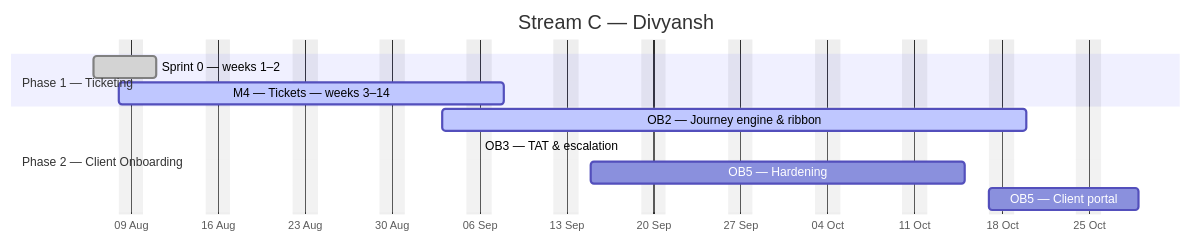
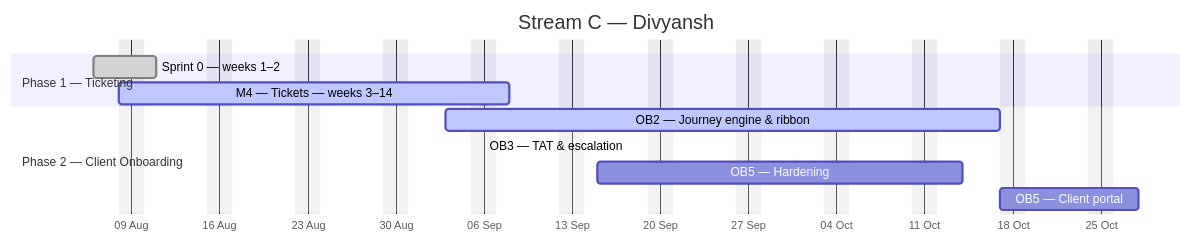
One commit to debashisedunext/EduTrack changed the third of 4 diagrams in docs/plan/GANTT.md. Above: the diagram before and after it, drawn with Mermaid. The commit also changed other lines of this file and 2 other files, not shown here.

````diff
--- a/docs/plan/GANTT.md
+++ b/docs/plan/GANTT.md
@@ -170,15 +170,15 @@
 ```mermaid
 gantt
     dateFormat YYYY-MM-DD
     axisFormat %d %b
     title Stream C — Divyansh
     excludes weekends
     section Phase 1 — Ticketing
     Sprint 0 — weeks 1–2 :done, c0, 2026-08-06, 3d
     M4 — Tickets — weeks 3–14 :active, c1, 2026-08-08, 22d
     section Phase 2 — Client Onboarding
-    OB2 — Journey engine & ribbon :active, c2, 2026-09-03, 33d
+    OB2 — Journey engine & ribbon :active, c2, 2026-09-03, 32d
     OB3 — TAT & escalation :active, c3, 2026-09-06, -33d
-    OB5 — Hardening :c4, 2026-09-15, 22d
-    OB5 — Client portal :c5, 2026-10-17, 9d
+    OB5 — Hardening :c4, 2026-09-15, 21d
+    OB5 — Client portal :c5, 2026-10-17, 8d
 ```
````
